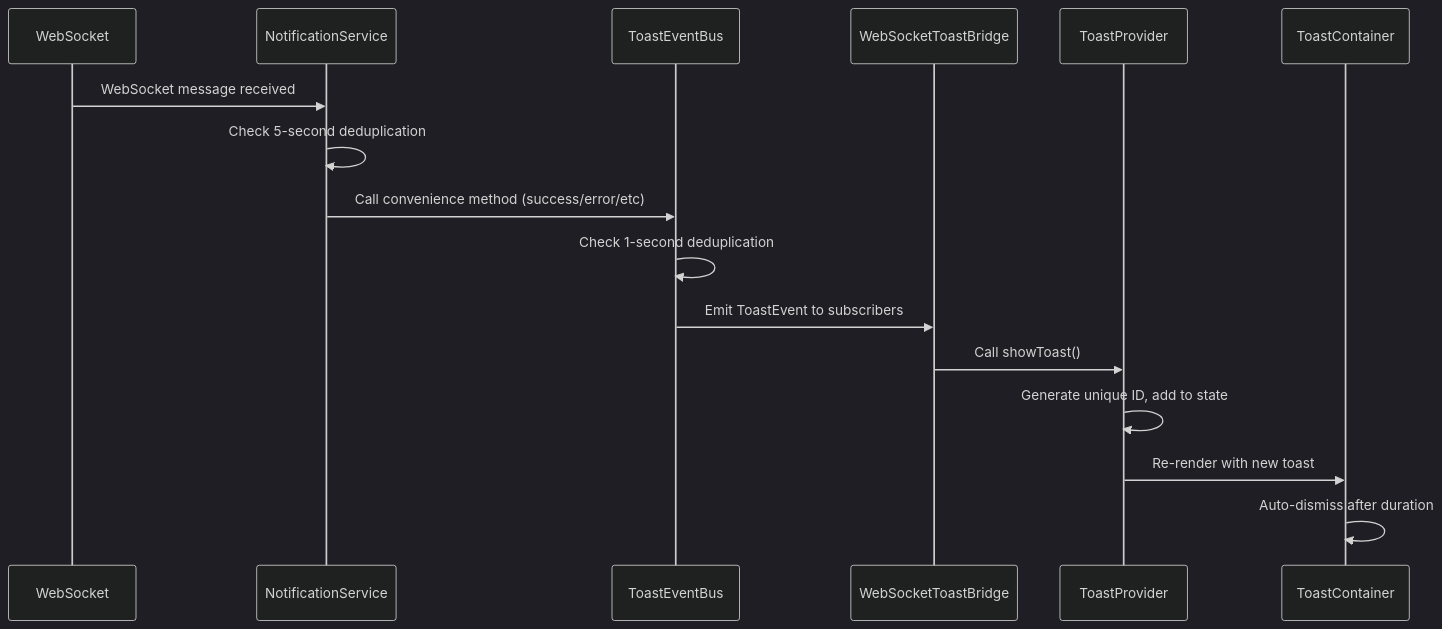
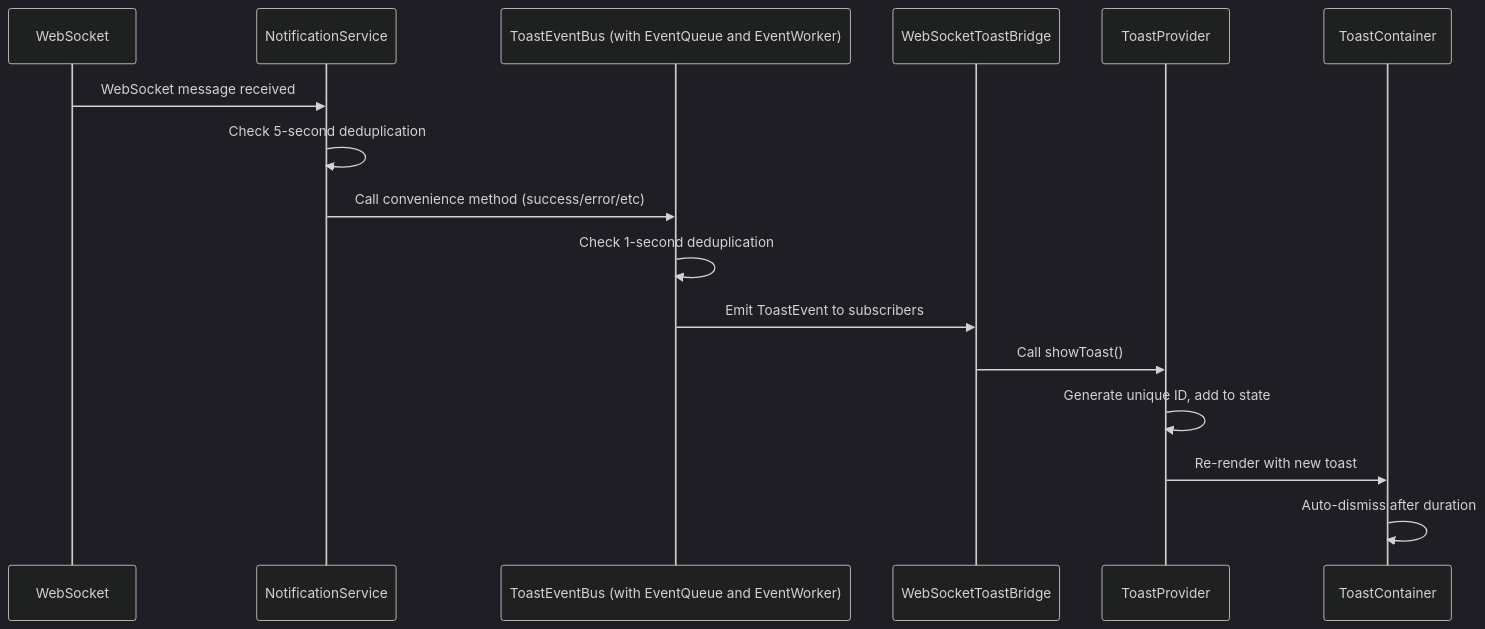
One commit to phamhung075/4genthub changed the first of 2 diagrams in ai_docs/development-guides/ui-patterns/toast-notification-architecture.md. Above: the diagram before and after it, drawn with Mermaid (dark theme). The commit also changed other lines of this file and 16 other files, not shown here.

````diff
--- a/ai_docs/development-guides/ui-patterns/toast-notification-architecture.md
+++ b/ai_docs/development-guides/ui-patterns/toast-notification-architecture.md
@@ -102,19 +102,19 @@
 ```mermaid
 sequenceDiagram
     participant WS as WebSocket
     participant NS as NotificationService
-    participant TEB as ToastEventBus
+    participant TEB as ToastEventBus (with EventQueue and EventWorker)
     participant WSTB as WebSocketToastBridge
     participant TP as ToastProvider
     participant TC as ToastContainer
 
     WS->>NS: WebSocket message received
     NS->>NS: Check 5-second deduplication
     NS->>TEB: Call convenience method (success/error/etc)
     TEB->>TEB: Check 1-second deduplication
     TEB->>WSTB: Emit ToastEvent to subscribers
     WSTB->>TP: Call showToast()
     TP->>TP: Generate unique ID, add to state
     TP->>TC: Re-render with new toast
     TC->>TC: Auto-dismiss after duration
 ```
````
